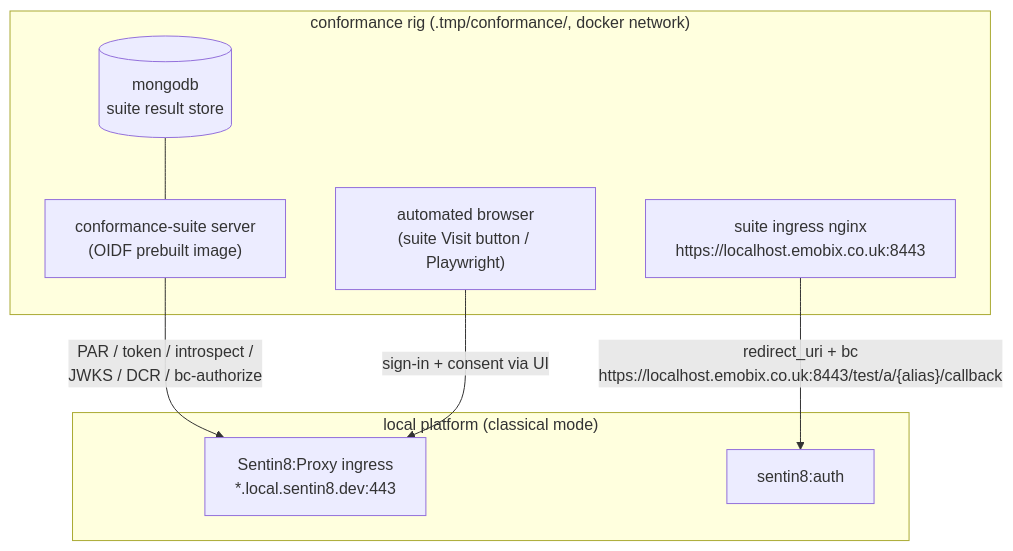
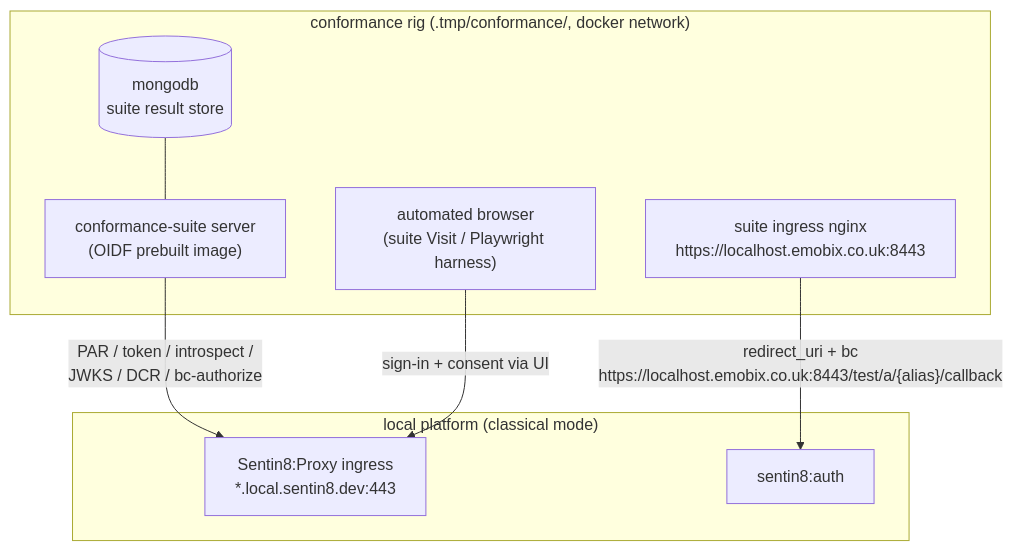
Diagram 13 of 15 in DESIGN.md (Sentin8/sentin8-auth), drawn with Mermaid before and after one commit. The commit also changed other lines of this file and 33 other files, not shown here.

````diff
--- a/DESIGN.md
+++ b/DESIGN.md
@@ -710,17 +782,17 @@
 ```mermaid
 graph TD
     subgraph RIG["conformance rig (.tmp/conformance/, docker network)"]
         M[("mongodb<br/>suite result store")]
         S["conformance-suite server<br/>(OIDF prebuilt image)"]
         N["suite ingress nginx<br/>https://localhost.emobix.co.uk:8443"]
-        A["automated browser<br/>(suite Visit button / Playwright)"]
+        A["automated browser<br/>(suite Visit / Playwright harness)"]
     end
     subgraph PLAT["local platform (classical mode)"]
         P["Sentin8:Proxy ingress<br/>*.local.sentin8.dev:443"]
         AUTH["sentin8:auth"]
     end
     N -- "redirect_uri + bc<br/>https://localhost.emobix.co.uk:8443/test/a/{alias}/callback" --> AUTH
     S -- "PAR / token / introspect /<br/>JWKS / DCR / bc-authorize" --> P
     A -- "sign-in + consent via UI" --> P
     M --- S
 ```
````
